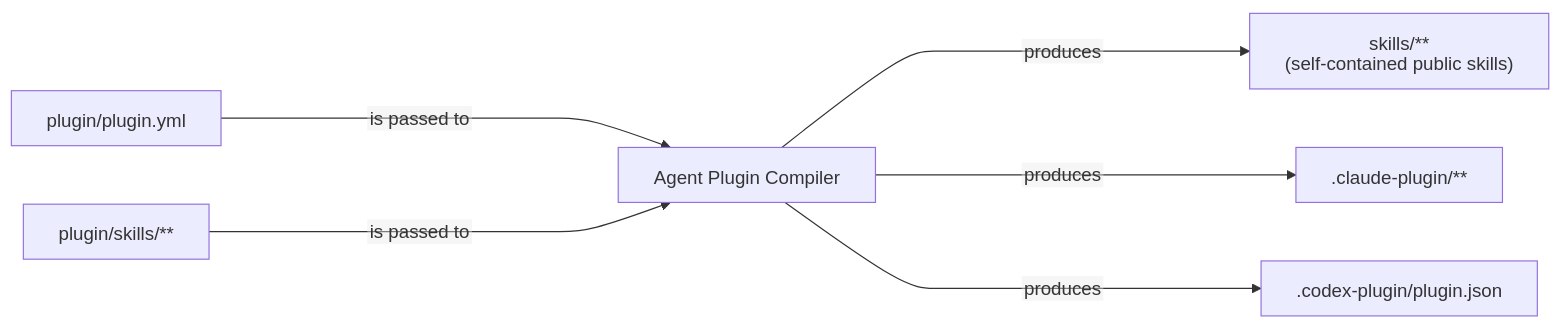
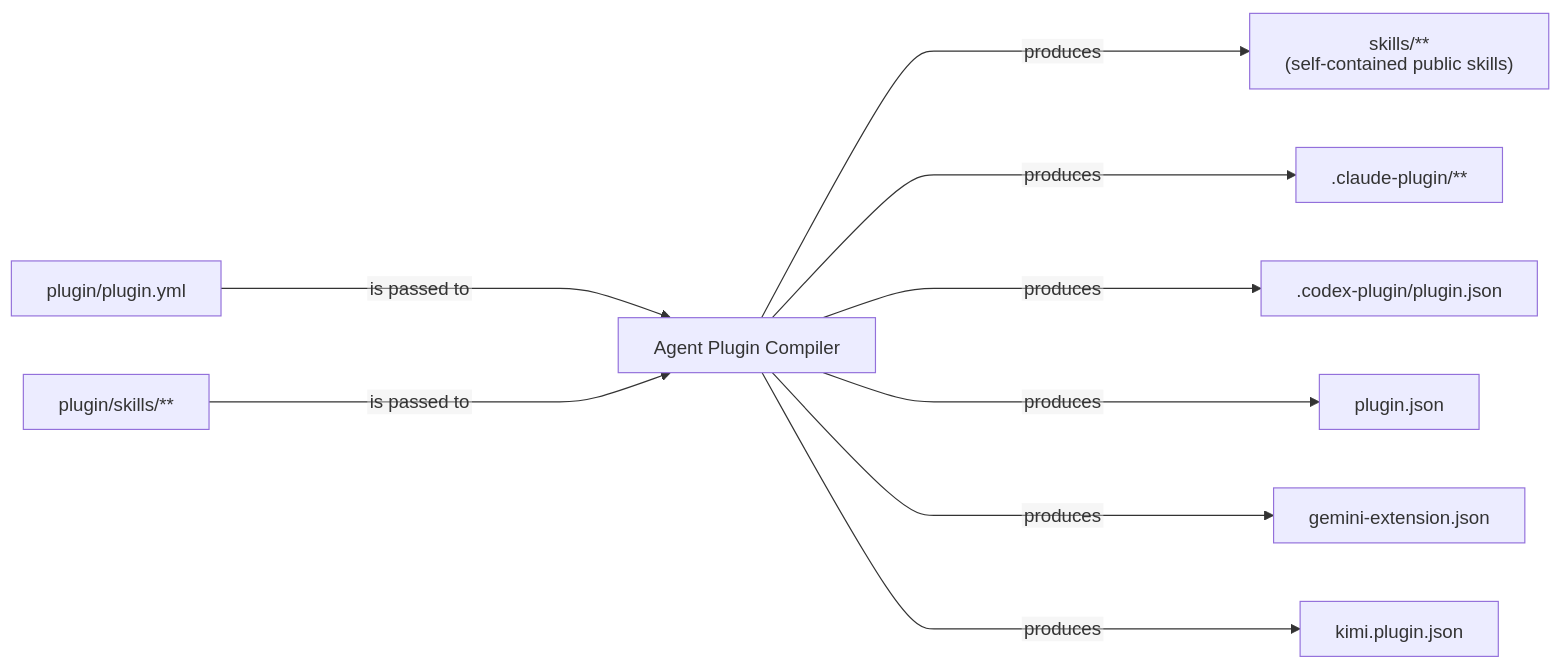
Before and after one commit to fam-tung-lam/ptlam-agent-plugin-compiler: the diagram in README.md, drawn with Mermaid. The commit also changed other lines of this file and 38 other files, not shown here.

First line of the commit message:
feat(providers): add Copilot Gemini and Kimi support

````diff
--- a/README.md
+++ b/README.md
@@ -49,22 +49,28 @@
 ```mermaid
 ---
 config:
   htmlLabels: false
 ---
 flowchart LR
     PluginManifest["`plugin/plugin.yml`"]
     SkillSources["`plugin/skills/**`"]
     AgentPluginCompiler["`Agent Plugin Compiler`"]
     SharedSkills["`
         skills/**
         (self-contained public skills)
     `"]
     ClaudePlugin["`.claude-plugin/**`"]
     CodexPlugin["`.codex-plugin/plugin.json`"]
+    CopilotPlugin["`plugin.json`"]
+    GeminiExtension["`gemini-extension.json`"]
+    KimiPlugin["`kimi.plugin.json`"]
 
     PluginManifest ------>|"`is passed to`"| AgentPluginCompiler
     SkillSources ------>|"`is passed to`"| AgentPluginCompiler
     AgentPluginCompiler ------>|"`produces`"| SharedSkills
     AgentPluginCompiler ------>|"`produces`"| ClaudePlugin
     AgentPluginCompiler ------>|"`produces`"| CodexPlugin
+    AgentPluginCompiler ------>|"`produces`"| CopilotPlugin
+    AgentPluginCompiler ------>|"`produces`"| GeminiExtension
+    AgentPluginCompiler ------>|"`produces`"| KimiPlugin
 ```
````
